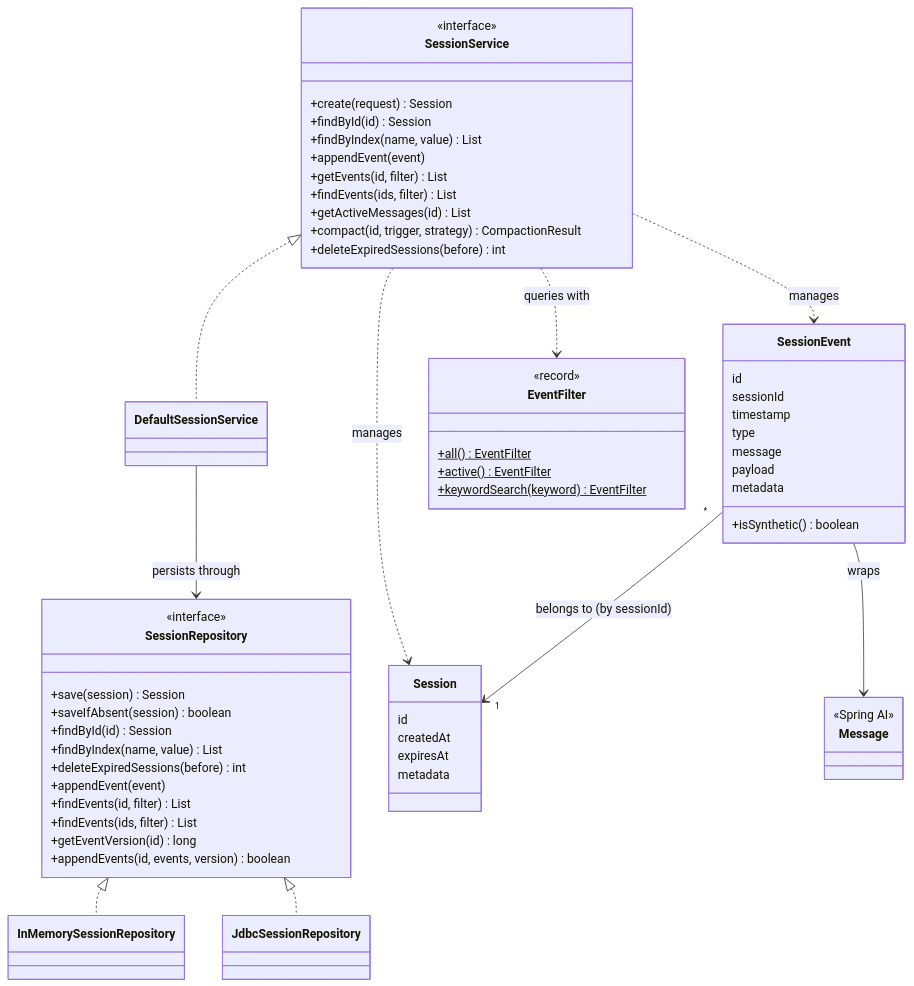
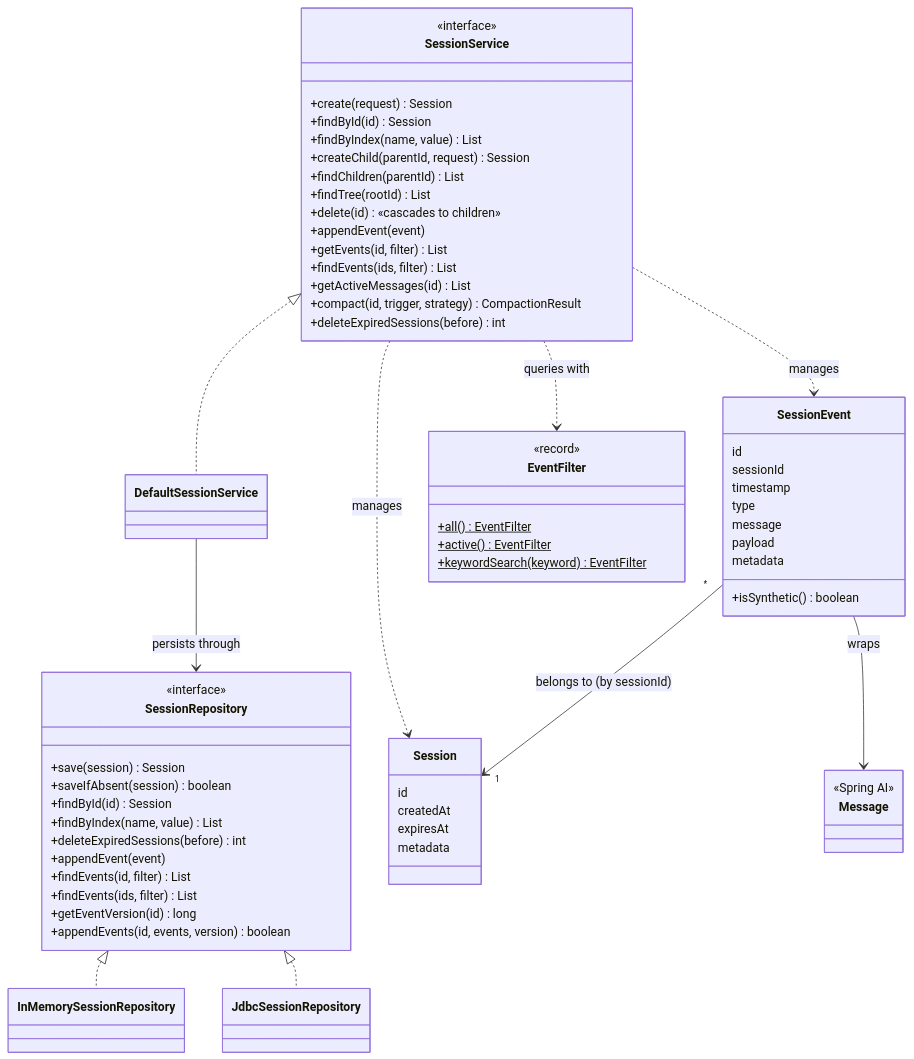
Before and after one commit to spring-ai-community/spring-ai-session: the first of 3 diagrams in docs/session-management/concepts.md, drawn with Mermaid. The commit also changed other lines of this file and 54 other files, not shown here.

````diff
--- a/docs/session-management/concepts.md
+++ b/docs/session-management/concepts.md
@@ -226,69 +233,73 @@
 ```mermaid
 classDiagram
     direction TB
 
     class SessionService {
         <<interface>>
         +create(request) Session
         +findById(id) Session
         +findByIndex(name, value) List
+        +createChild(parentId, request) Session
+        +findChildren(parentId) List
+        +findTree(rootId) List
+        +delete(id)  «cascades to children»
         +appendEvent(event)
         +getEvents(id, filter) List
         +findEvents(ids, filter) List
         +getActiveMessages(id) List
         +compact(id, trigger, strategy) CompactionResult
         +deleteExpiredSessions(before) int
     }
     class DefaultSessionService
     class SessionRepository {
         <<interface>>
         +save(session) Session
         +saveIfAbsent(session) boolean
         +findById(id) Session
         +findByIndex(name, value) List
         +deleteExpiredSessions(before) int
         +appendEvent(event)
         +findEvents(id, filter) List
         +findEvents(ids, filter) List
         +getEventVersion(id) long
         +appendEvents(id, events, version) boolean
     }
     class InMemorySessionRepository
     class JdbcSessionRepository
 
     class Session {
         id
         createdAt
         expiresAt
         metadata
     }
     class SessionEvent {
         id
         sessionId
         timestamp
         type
         message
         payload
         metadata
         +isSynthetic() boolean
     }
     class Message {
         <<Spring AI>>
     }
     class EventFilter {
         <<record>>
         +all()$ EventFilter
         +active()$ EventFilter
         +keywordSearch(keyword)$ EventFilter
     }
 
     SessionService <|.. DefaultSessionService
     DefaultSessionService --> SessionRepository : persists through
     SessionRepository <|.. InMemorySessionRepository
     SessionRepository <|.. JdbcSessionRepository
     SessionService ..> Session : manages
     SessionService ..> SessionEvent : manages
     SessionService ..> EventFilter : queries with
     SessionEvent "*" --> "1" Session : belongs to (by sessionId)
     SessionEvent --> Message : wraps
 ```
````
